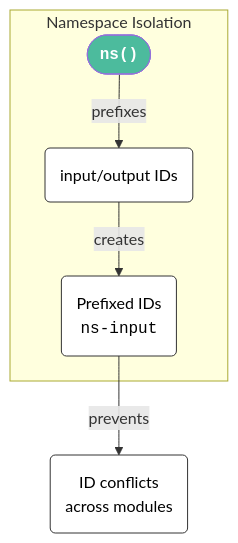
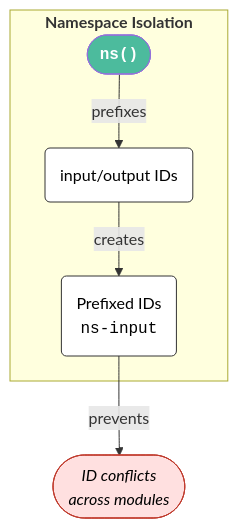
Before and after one commit to mjfrigaard/mjfrigaard.github.io: the sixth of 8 diagrams in posts/shiny-r6/index.qmd, drawn with Mermaid. The commit also changed other lines of this file and 23 other files, not shown here.

````diff
--- a/posts/shiny-r6/index.qmd
+++ b/posts/shiny-r6/index.qmd
@@ -508,24 +645,24 @@
 ```{mermaid}
 %%| eval: true 
 %%| echo: false 
 %%| fig-align: 'center' 
 %%| fig-caption: 'Namespace Isolation'
 %%{init: {'theme': 'base', 'themeVariables': { 'fontFamily': 'monospace', "darkMode":true}}}}%%
 
 flowchart TD
-    subgraph "Namespace Isolation"
+    subgraph "<strong>Namespace Isolation</strong>"
         Ns(["<strong>ns()</strong>"])
         IDs("input/output IDs")
         Prefix("Prefixed IDs<br><code>ns-input</code>")
     end
 
     Ns -->|prefixes| IDs
     IDs -->|creates| Prefix
-    Prefix -->|prevents| Conflicts("ID conflicts<br>across modules")
+    Prefix -->|prevents| Conflicts(["<em>ID conflicts<br>across modules</em>"])
 
     style Ns fill:#4CBB9D,color:#FFFFFF,rx:5,ry:5,font-family:monospace,text-align:'center'
     style IDs fill:#FFFFFF,color:#000000,stroke:#333
     style Prefix fill:#FFFFFF,color:#000000,stroke:#333
-    style Conflicts fill:#FFFFFF,color:#000000,stroke:#333
+    style Conflicts fill:#FFE0E0,color:#000000,stroke:#c0392b
     
 ```
````
